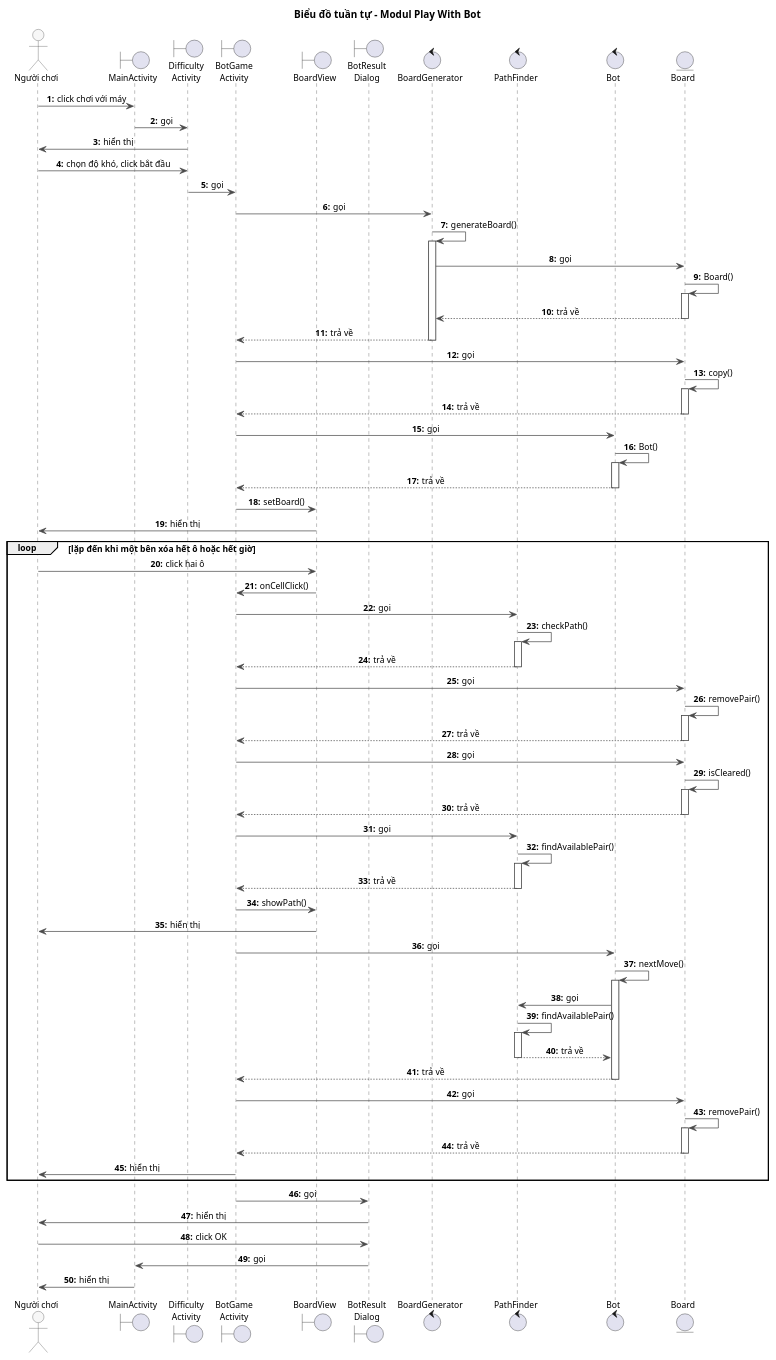
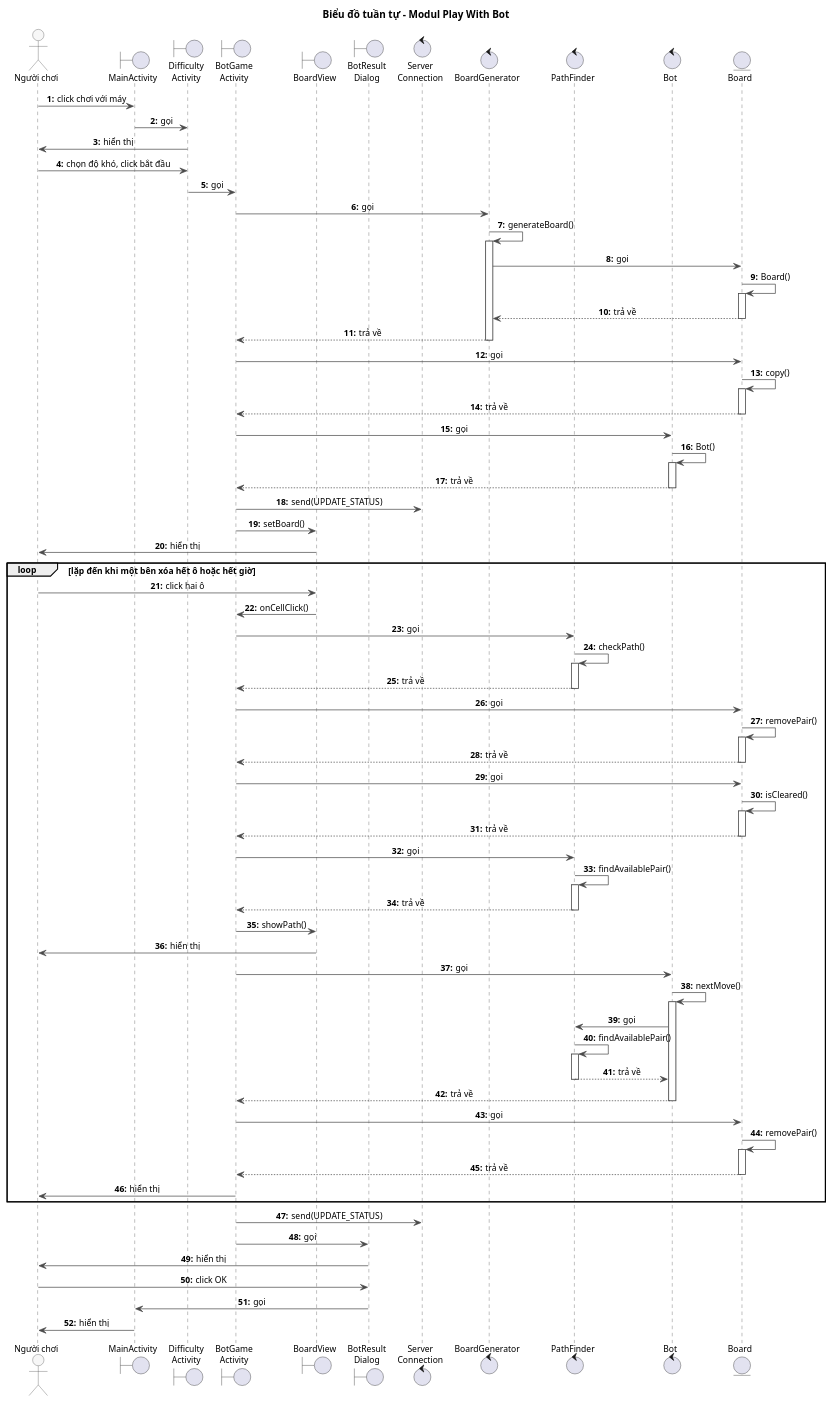
Before and after one commit to VattenL/mobile-pikachu: the diagram in docs/uml/pha3/seq-m2.puml, drawn with PlantUML. The commit also changed 23 other files, not shown here.

```diff
--- a/docs/uml/pha3/seq-m2.puml
+++ b/docs/uml/pha3/seq-m2.puml
@@ -1,103 +1,106 @@
 @startuml seq-m2
 title Biểu đồ tuần tự - Modul Play With Bot
 
 skinparam shadowing false
 skinparam defaultFontSize 12
 skinparam sequenceMessageAlign center
 skinparam responseMessageBelowArrow true
 skinparam ArrowColor #4A4A4A
 skinparam sequence {
   LifeLineBorderColor #4A4A4A
   ParticipantBorderColor #4A4A4A
   ParticipantBackgroundColor #F7F7F7
   ActorBorderColor #4A4A4A
   ActorBackgroundColor #F7F7F7
 }
 autonumber "<b>0:"
 
 actor "Người chơi" as Player
 boundary MainActivity
 boundary "Difficulty\nActivity" as DifficultyActivity
 boundary "BotGame\nActivity" as BotGameActivity
 boundary BoardView
 boundary "BotResult\nDialog" as BotResultDialog
+control "Server\nConnection" as ServerConnection
 control BoardGenerator
 control PathFinder
 control Bot
 entity Board
 
 Player -> MainActivity : click chơi với máy
 MainActivity -> DifficultyActivity : gọi
 DifficultyActivity -> Player : hiển thị
 Player -> DifficultyActivity : chọn độ khó, click bắt đầu
 DifficultyActivity -> BotGameActivity : gọi
 BotGameActivity -> BoardGenerator : gọi
 BoardGenerator -> BoardGenerator : generateBoard()
 activate BoardGenerator
 BoardGenerator -> Board : gọi
 Board -> Board : Board()
 activate Board
 Board --> BoardGenerator : trả về
 deactivate Board
 BoardGenerator --> BotGameActivity : trả về
 deactivate BoardGenerator
 BotGameActivity -> Board : gọi
 Board -> Board : copy()
 activate Board
 Board --> BotGameActivity : trả về
 deactivate Board
 BotGameActivity -> Bot : gọi
 Bot -> Bot : Bot()
 activate Bot
 Bot --> BotGameActivity : trả về
 deactivate Bot
+BotGameActivity -> ServerConnection : send(UPDATE_STATUS)
 BotGameActivity -> BoardView : setBoard()
 BoardView -> Player : hiển thị
 loop lặp đến khi một bên xóa hết ô hoặc hết giờ
 Player -> BoardView : click hai ô
 BoardView -> BotGameActivity : onCellClick()
 BotGameActivity -> PathFinder : gọi
 PathFinder -> PathFinder : checkPath()
 activate PathFinder
 PathFinder --> BotGameActivity : trả về
 deactivate PathFinder
 BotGameActivity -> Board : gọi
 Board -> Board : removePair()
 activate Board
 Board --> BotGameActivity : trả về
 deactivate Board
 BotGameActivity -> Board : gọi
 Board -> Board : isCleared()
 activate Board
 Board --> BotGameActivity : trả về
 deactivate Board
 BotGameActivity -> PathFinder : gọi
 PathFinder -> PathFinder : findAvailablePair()
 activate PathFinder
 PathFinder --> BotGameActivity : trả về
 deactivate PathFinder
 BotGameActivity -> BoardView : showPath()
 BoardView -> Player : hiển thị
 BotGameActivity -> Bot : gọi
 Bot -> Bot : nextMove()
 activate Bot
 Bot -> PathFinder : gọi
 PathFinder -> PathFinder : findAvailablePair()
 activate PathFinder
 PathFinder --> Bot : trả về
 deactivate PathFinder
 Bot --> BotGameActivity : trả về
 deactivate Bot
 BotGameActivity -> Board : gọi
 Board -> Board : removePair()
 activate Board
 Board --> BotGameActivity : trả về
 deactivate Board
 BotGameActivity -> Player : hiển thị
 end
+BotGameActivity -> ServerConnection : send(UPDATE_STATUS)
 BotGameActivity -> BotResultDialog : gọi
 BotResultDialog -> Player : hiển thị
 Player -> BotResultDialog : click OK
 BotResultDialog -> MainActivity : gọi
 MainActivity -> Player : hiển thị
 @enduml
```
